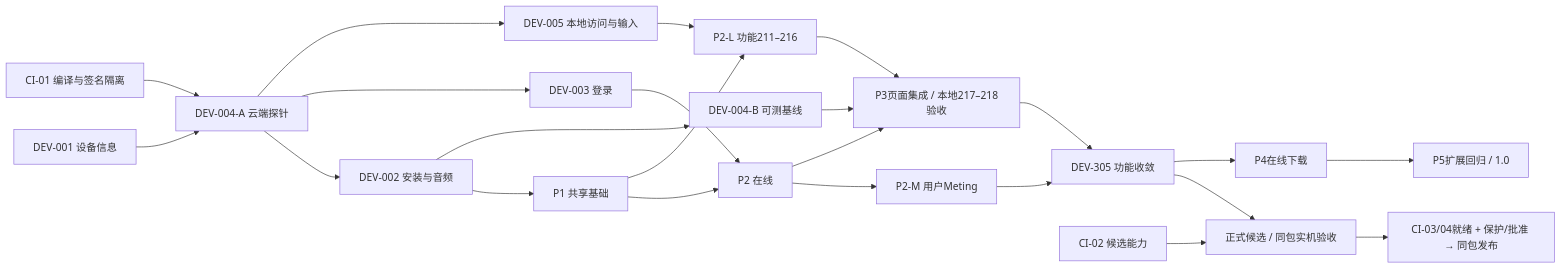
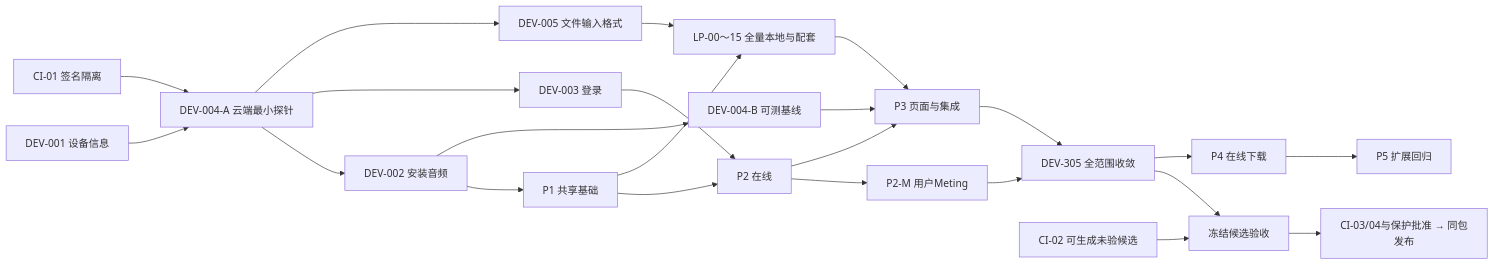
The diagram in docs/05-开发阶段与任务清单.md (OnlineMo/MeloX-Watch), drawn with Mermaid before and after one commit. The commit also changed other lines of this file and 32 other files, not shown here.

````diff
--- a/docs/05-开发阶段与任务清单.md
+++ b/docs/05-开发阶段与任务清单.md
@@ -31,25 +22,25 @@
 ```mermaid
 flowchart LR
-    INFO[DEV-001 设备信息] --> PROBE[DEV-004-A 云端探针]
-    CI[CI-01 编译与签名隔离] --> PROBE
-    PROBE --> AUDIO[DEV-002 安装与音频]
+    INFO[DEV-001 设备信息] --> PROBE[DEV-004-A 云端最小探针]
+    CI[CI-01 签名隔离] --> PROBE
+    PROBE --> AUDIO[DEV-002 安装音频]
     PROBE --> LOGIN[DEV-003 登录]
-    PROBE --> FILE[DEV-005 本地访问与输入]
+    PROBE --> FILE[DEV-005 文件输入格式]
     AUDIO --> P1[P1 共享基础]
     AUDIO --> BASE[DEV-004-B 可测基线]
-    P1 --> P2[P2 在线]
-    LOGIN --> P2
-    P1 --> P2L[P2-L 功能211–216]
-    FILE --> P2L
-    P2 --> P2M[P2-M 用户Meting]
-    P2 --> P3[P3页面集成 / 本地217–218验收]
-    P2L --> P3
-    BASE --> P3
-    P3 --> G305[DEV-305 功能收敛]
-    P2M --> G305
-    CAND[CI-02 候选能力] --> RC[正式候选 / 同包实机验收]
-    G305 --> RC
-    RC --> PUB[CI-03/04就绪 + 保护/批准 → 同包发布]
-    G305 --> P4[P4在线下载]
-    P4 --> P5[P5扩展回归 / 1.0]
+    P1 --> ONLINE[P2 在线]
+    LOGIN --> ONLINE
+    P1 --> LOCAL[LP-00～15 全量本地与配套]
+    FILE --> LOCAL
+    ONLINE --> METING[P2-M 用户Meting]
+    ONLINE --> UI[P3 页面与集成]
+    LOCAL --> UI
+    BASE --> UI
+    UI --> GATE[DEV-305 全范围收敛]
+    METING --> GATE
+    CAND[CI-02 可生成未验候选] --> ACCEPT[冻结候选验收]
+    GATE --> ACCEPT
+    ACCEPT --> PUB[CI-03/04与保护批准 → 同包发布]
+    GATE --> DOWNLOAD[P4 在线下载]
+    DOWNLOAD --> V1[P5 扩展回归]
 ```
````
